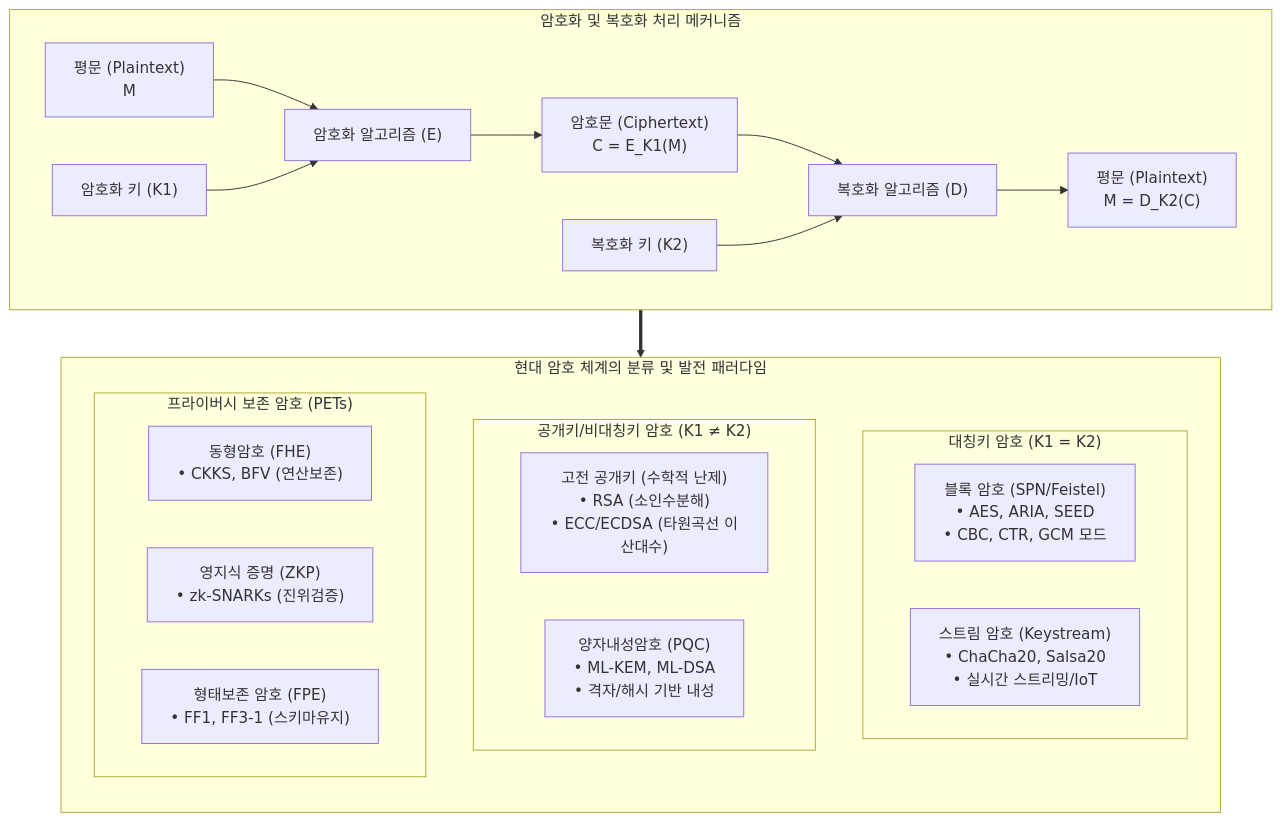
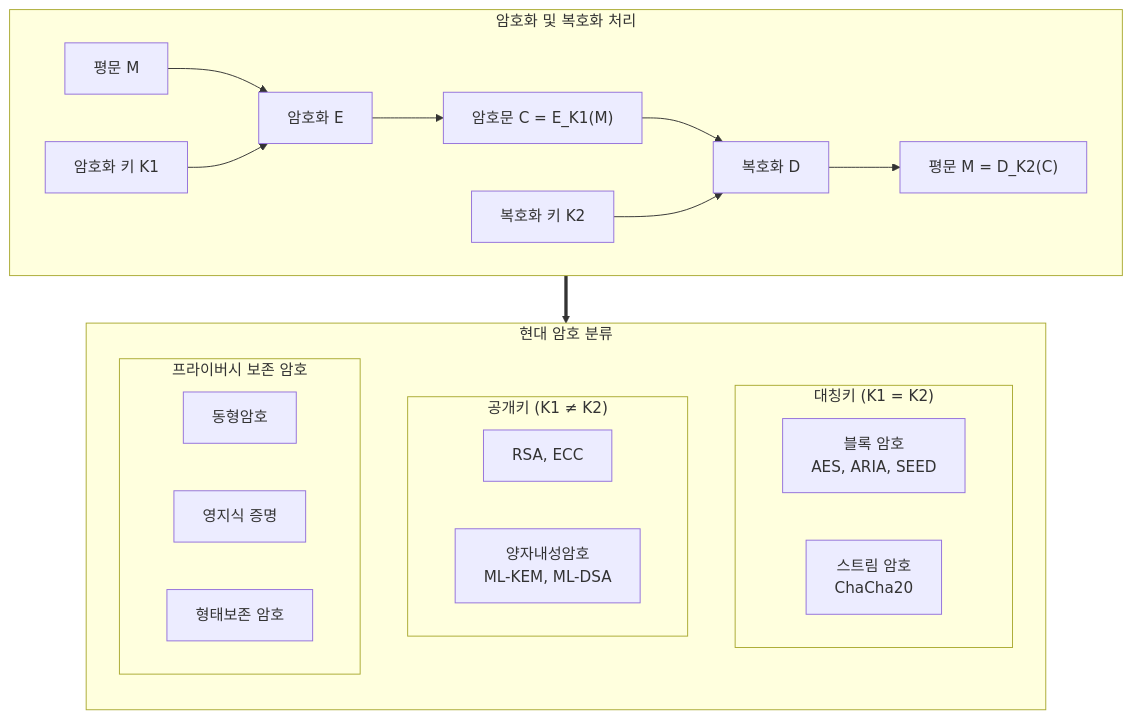
Before and after one commit to supremethumb/supremethumb.github.io: the diagram in content/01_IT Tech/암호화.md, drawn with Mermaid. The commit also changed other lines of this file and 1087 other files, not shown here.

````diff
--- a/content/01_IT Tech/암호화.md
+++ b/content/01_IT Tech/암호화.md
@@ -19,37 +36,29 @@
 ```mermaid
 flowchart TB
-    subgraph PROCESS["암호화 및 복호화 처리 메커니즘"]
+    subgraph PROCESS["암호화 및 복호화 처리"]
         direction LR
-        P1["평문 (Plaintext)<br/>M"] --> ENC["암호화 알고리즘 (E)"]
-        K1["암호화 키 (K1)"] --> ENC
-        ENC --> C["암호문 (Ciphertext)<br/>C = E_K1(M)"]
-        C --> DEC["복호화 알고리즘 (D)"]
-        K2["복호화 키 (K2)"] --> DEC
-        DEC --> P2["평문 (Plaintext)<br/>M = D_K2(C)"]
+        P1["평문 M"] --> ENC["암호화 E"]
+        K1["암호화 키 K1"] --> ENC
+        ENC --> C["암호문 C = E_K1(M)"]
+        C --> DEC["복호화 D"]
+        K2["복호화 키 K2"] --> DEC
+        DEC --> P2["평문 M = D_K2(C)"]
     end
-
-    subgraph TAXONOMY["현대 암호 체계의 분류 및 발전 패러다임"]
+    subgraph TAXONOMY["현대 암호 분류"]
         direction TB
-        
-        subgraph SYM["대칭키 암호 (K1 = K2)"]
-            direction LR
-            BLOCK["블록 암호 (SPN/Feistel)<br/>• AES, ARIA, SEED<br/>• CBC, CTR, GCM 모드"]
-            STREAM["스트림 암호 (Keystream)<br/>• ChaCha20, Salsa20<br/>• 실시간 스트리밍/IoT"]
+        subgraph SYM["대칭키 (K1 = K2)"]
+            BLOCK["블록 암호<br/>AES, ARIA, SEED"]
+            STREAM["스트림 암호<br/>ChaCha20"]
         end
-
-        subgraph ASYM["공개키/비대칭키 암호 (K1 ≠ K2)"]
-            direction LR
-            CLASSIC["고전 공개키 (수학적 난제)<br/>• RSA (소인수분해)<br/>• ECC/ECDSA (타원곡선 이산대수)"]
-            PQC["양자내성암호 (PQC)<br/>• ML-KEM, ML-DSA<br/>• 격자/해시 기반 내성"]
+        subgraph ASYM["공개키 (K1 ≠ K2)"]
+            CLASSIC["RSA, ECC"]
+            PQC["양자내성암호<br/>ML-KEM, ML-DSA"]
         end
-
-        subgraph PETS["프라이버시 보존 암호 (PETs)"]
-            direction LR
-            FHE["동형암호 (FHE)<br/>• CKKS, BFV (연산보존)"]
-            ZKP["영지식 증명 (ZKP)<br/>• zk-SNARKs (진위검증)"]
-            FPE["형태보존 암호 (FPE)<br/>• FF1, FF3-1 (스키마유지)"]
+        subgraph PETS["프라이버시 보존 암호"]
+            FHE["동형암호"]
+            ZKP["영지식 증명"]
+            FPE["형태보존 암호"]
         end
     end
-
     PROCESS ==> TAXONOMY
 ```
````
